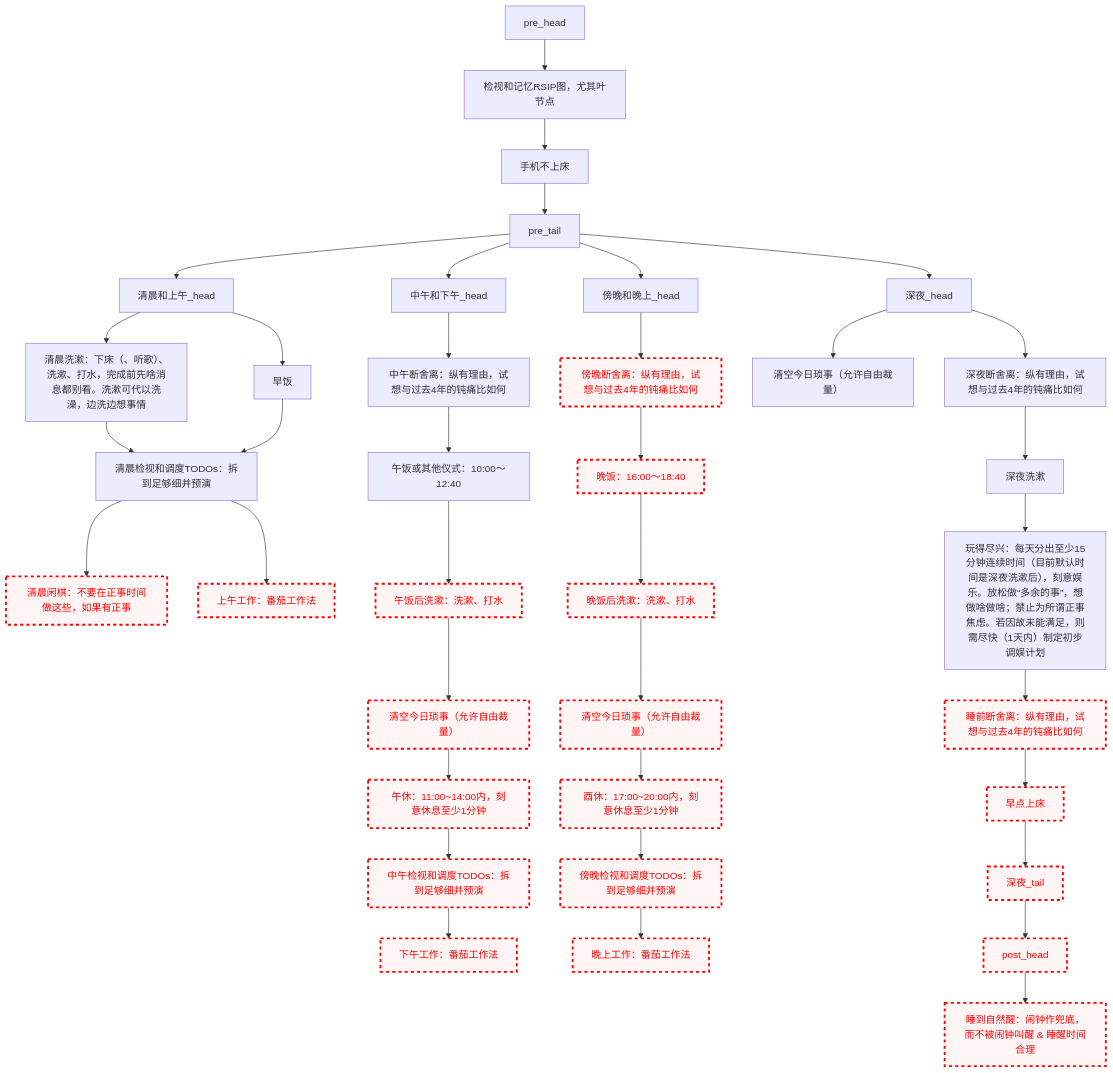
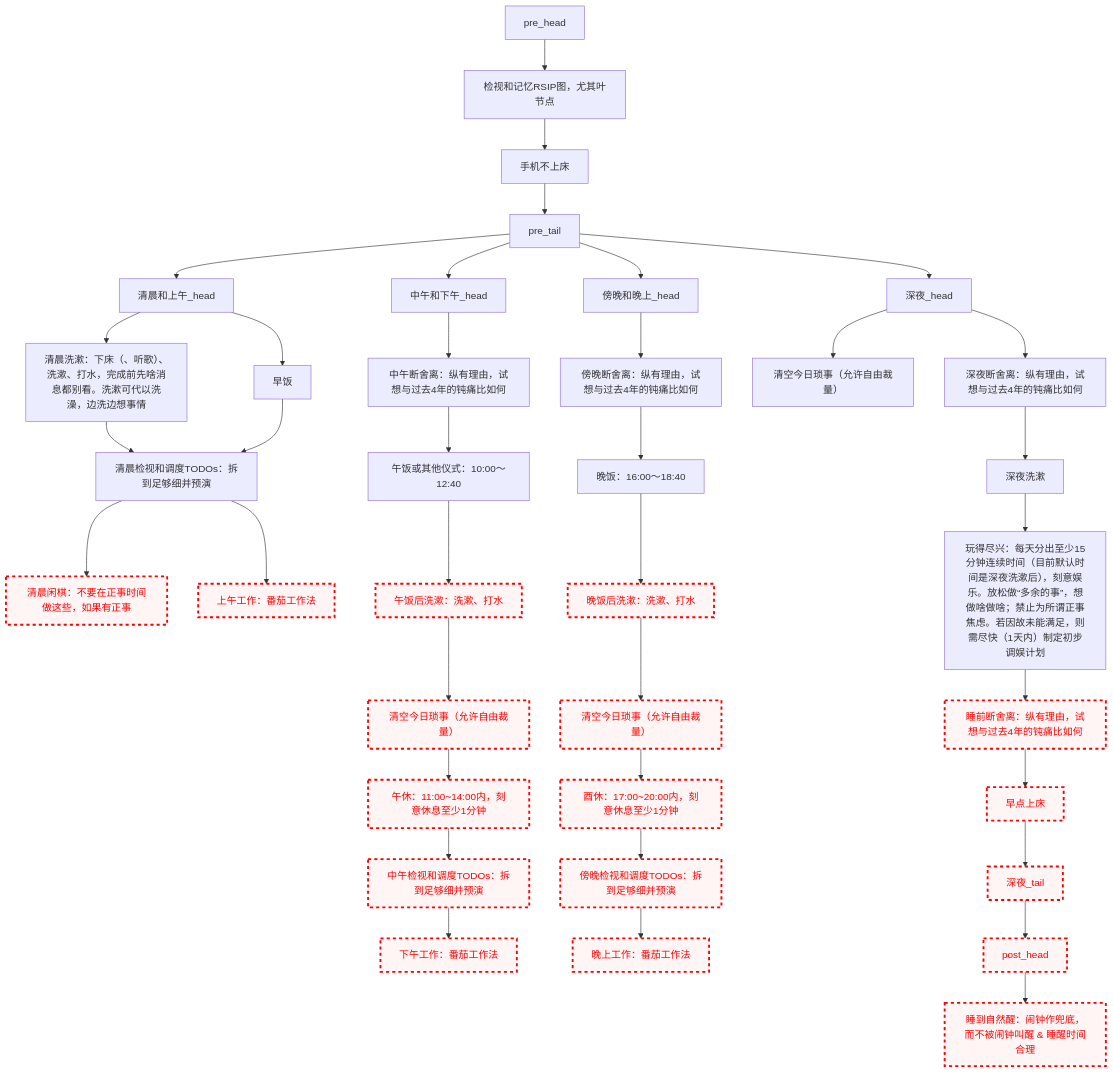
The diagram in README.md (Ethkuil/RSIP-tree), drawn with Mermaid before and after one commit.

Commit message:
enable 晚饭

````diff
--- a/README.md
+++ b/README.md
@@ -21,68 +21,66 @@
 ```mermaid
 graph TD
 
 classDef failed stroke:#ff0000, stroke-width:3px, color:#ff0000, fill:#fff5f5, stroke-dasharray: 5
 
 pre_head --> RSIP[检视和记忆RSIP图，尤其叶节点]
 RSIP --> 手机不上床
 手机不上床 --> pre_tail
 
 
 pre_tail --> 清晨和上午_head
 清晨和上午_head --> 清晨洗漱[清晨洗漱：下床（、听歌）、洗漱、打水，完成前先啥消息都别看。洗漱可代以洗澡，边洗边想事情]
 清晨和上午_head --> 早饭
 清晨洗漱 --> 清晨看TODO[清晨检视和调度TODOs：拆到足够细并预演]
 早饭 --> 清晨看TODO
 清晨看TODO --> 清晨闲棋[清晨闲棋：不要在正事时间做这些，如果有正事]
 class 清晨闲棋 failed
 清晨看TODO --> 上午工作[上午工作：番茄工作法]
 class 上午工作 failed
 
 pre_tail --> 中午和下午_head
 中午和下午_head --> 中午断舍离[中午断舍离：纵有理由，试想与过去4年的钝痛比如何]
 中午断舍离 --> 午饭[午饭或其他仪式：10:00～12:40]
 午饭 --> 午饭后洗漱[午饭后洗漱：洗漱、打水]
 class 午饭后洗漱 failed
 午饭后洗漱 --> 中午今日琐事[清空今日琐事（允许自由裁量）]
 class 中午今日琐事 failed
 中午今日琐事 --> 午休[午休：11:00~14:00内，刻意休息至少1分钟]
 class 午休 failed
 午休 --> 中午看TODO[中午检视和调度TODOs：拆到足够细并预演]
 class 中午看TODO failed
 中午看TODO --> 下午工作[下午工作：番茄工作法]
 class 下午工作 failed
 
 pre_tail --> 傍晚和晚上_head
 傍晚和晚上_head --> 傍晚断舍离[傍晚断舍离：纵有理由，试想与过去4年的钝痛比如何]
-class 傍晚断舍离 failed
 傍晚断舍离 --> 晚饭[晚饭：16:00～18:40]
-class 晚饭 failed
 晚饭 --> 晚饭后洗漱[晚饭后洗漱：洗漱、打水]
 class 晚饭后洗漱 failed
 晚饭后洗漱 --> 傍晚今日琐事[清空今日琐事（允许自由裁量）]
 class 傍晚今日琐事 failed
 傍晚今日琐事 --> 酉休[酉休：17:00~20:00内，刻意休息至少1分钟]
 class 酉休 failed
 酉休 --> 傍晚看TODO[傍晚检视和调度TODOs：拆到足够细并预演]
 class 傍晚看TODO failed
 傍晚看TODO --> 晚上工作[晚上工作：番茄工作法]
 class 晚上工作 failed
 
 pre_tail --> 深夜_head
 深夜_head --> 深夜今日琐事[清空今日琐事（允许自由裁量）]
 深夜_head --> 深夜断舍离[深夜断舍离：纵有理由，试想与过去4年的钝痛比如何]
 深夜断舍离 --> 深夜洗漱
 深夜洗漱 --> 玩得尽兴[玩得尽兴：每天分出至少15分钟连续时间（目前默认时间是深夜洗漱后），刻意娱乐。放松做“多余的事”，想做啥做啥；禁止为所谓正事焦虑。若因故未能满足，则需尽快（1天内）制定初步调娱计划]
 玩得尽兴 --> 睡前断舍离[睡前断舍离：纵有理由，试想与过去4年的钝痛比如何]
 class 睡前断舍离 failed
 睡前断舍离 --> 早点上床
 class 早点上床 failed
 早点上床 --> 深夜_tail
 class 深夜_tail failed
 
 
 深夜_tail --> post_head
 class post_head failed
 post_head --> 睡到自然醒[睡到自然醒：闹钟作兜底，而不被闹钟叫醒 & 睡醒时间合理]
 class 睡到自然醒 failed
 ```
````
